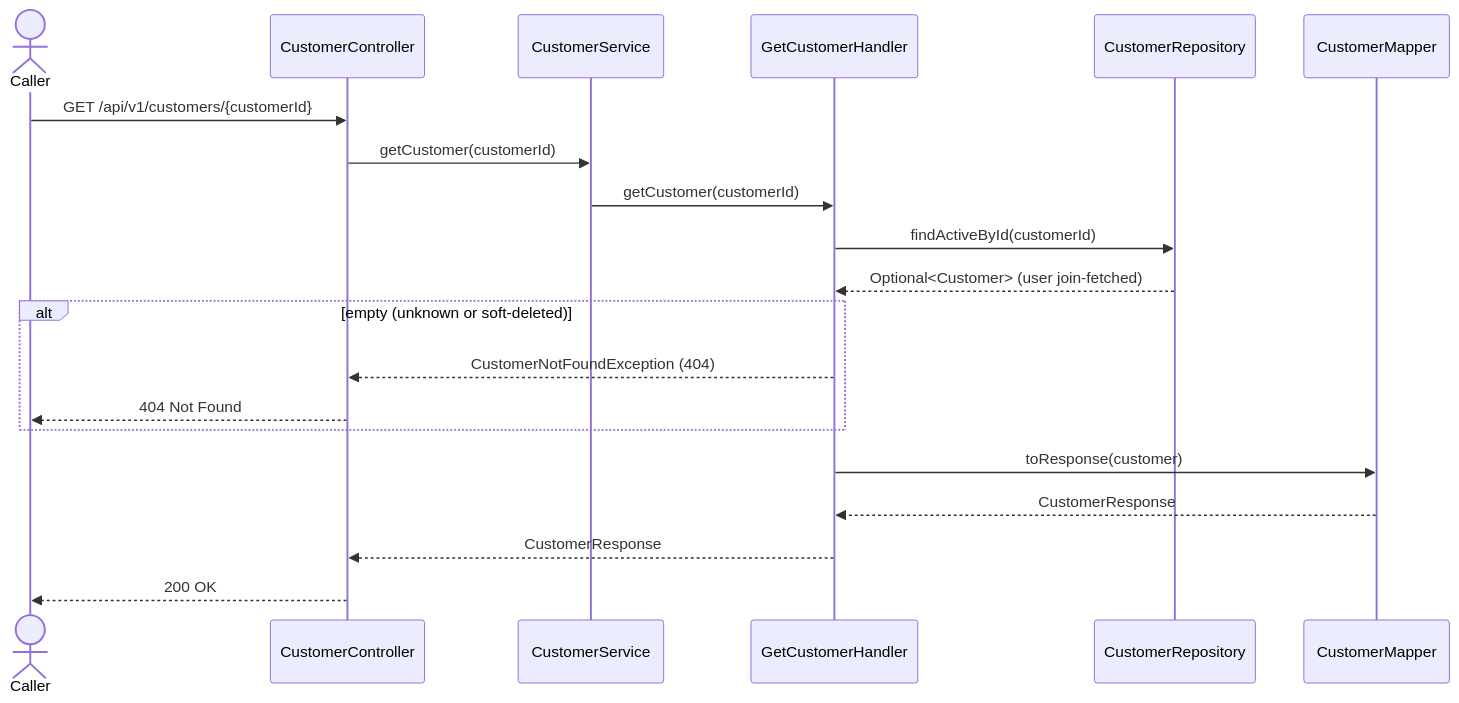
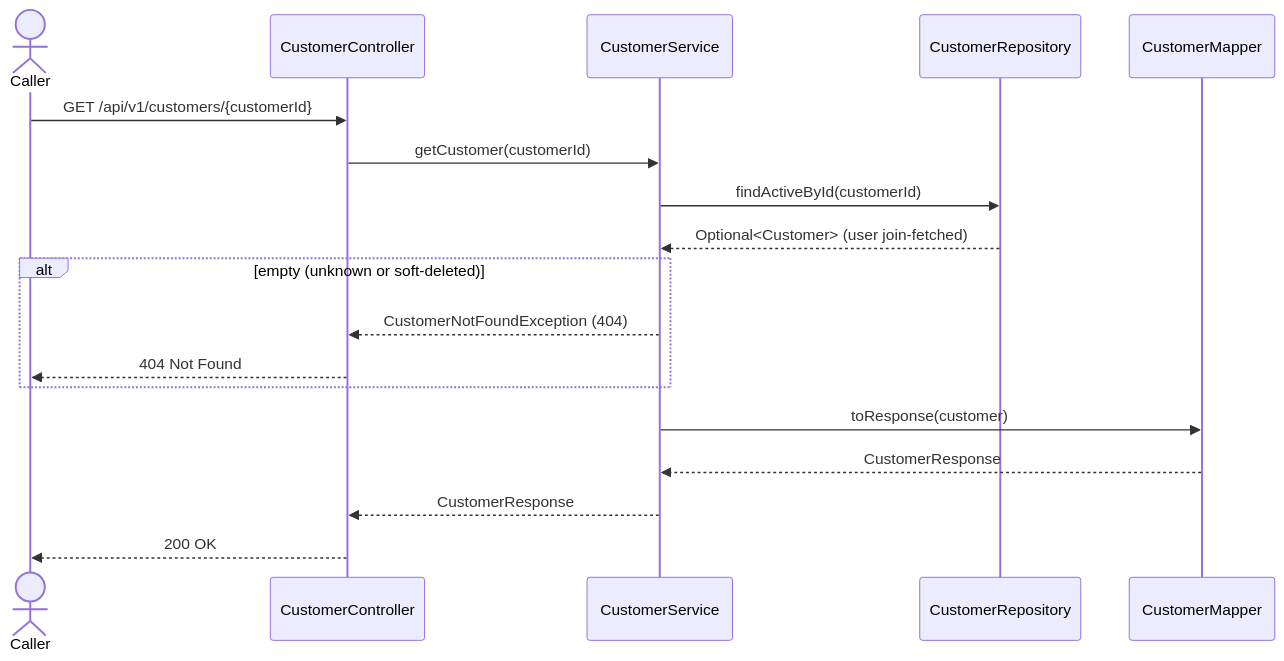
Before and after one commit to msmohammed0077-cmd/mentorship-restaurant: the diagram in restaurant/.docs/use-cases/customer-management/get-customer/get-customer.md, drawn with Mermaid. The commit also changed other lines of this file and 14 other files, not shown here.

````diff
--- a/restaurant/.docs/use-cases/customer-management/get-customer/get-customer.md
+++ b/restaurant/.docs/use-cases/customer-management/get-customer/get-customer.md
@@ -97,23 +97,21 @@
 ```mermaid
 sequenceDiagram
     actor Caller
     participant C as CustomerController
-    participant S as CustomerService
-    participant H as GetCustomerHandler
+    participant H as CustomerService
     participant CR as CustomerRepository
     participant M as CustomerMapper
 
     Caller->>C: GET /api/v1/customers/{customerId}
-    C->>S: getCustomer(customerId)
-    S->>H: getCustomer(customerId)
+    C->>H: getCustomer(customerId)
     H->>CR: findActiveById(customerId)
     CR-->>H: Optional<Customer> (user join-fetched)
     alt empty (unknown or soft-deleted)
         H-->>C: CustomerNotFoundException (404)
         C-->>Caller: 404 Not Found
     end
     H->>M: toResponse(customer)
     M-->>H: CustomerResponse
     H-->>C: CustomerResponse
     C-->>Caller: 200 OK
 ```
````
